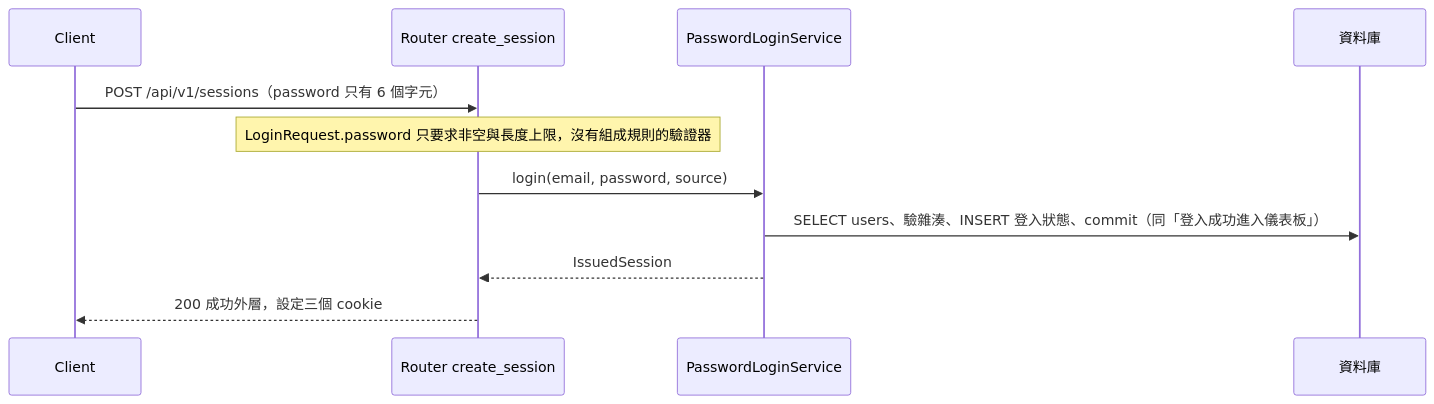
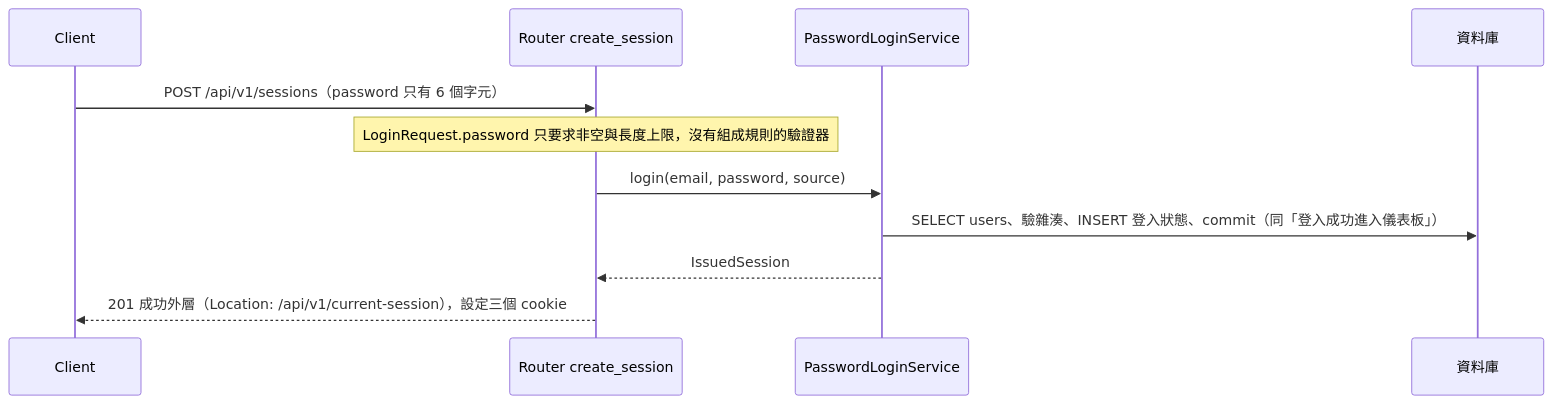
One commit to label-suite/label-suite changed the seventh of 32 diagrams in openspec/changes/login-auth-guard/system-design.md. Above: the diagram before and after it, drawn with Mermaid. The commit also changed other lines of this file and 9 other files, not shown here.

````diff
--- a/openspec/changes/login-auth-guard/system-design.md
+++ b/openspec/changes/login-auth-guard/system-design.md
@@ -447,13 +491,13 @@
 ```mermaid
 sequenceDiagram
   participant C as Client
   participant R as Router create_session
   participant L as PasswordLoginService
   participant DB as 資料庫
   C->>R: POST /api/v1/sessions（password 只有 6 個字元）
   Note over R: LoginRequest.password 只要求非空與長度上限，沒有組成規則的驗證器
   R->>L: login(email, password, source)
   L->>DB: SELECT users、驗雜湊、INSERT 登入狀態、commit（同「登入成功進入儀表板」）
   L-->>R: IssuedSession
-  R-->>C: 200 成功外層，設定三個 cookie
+  R-->>C: 201 成功外層（Location: /api/v1/current-session），設定三個 cookie
 ```
````
